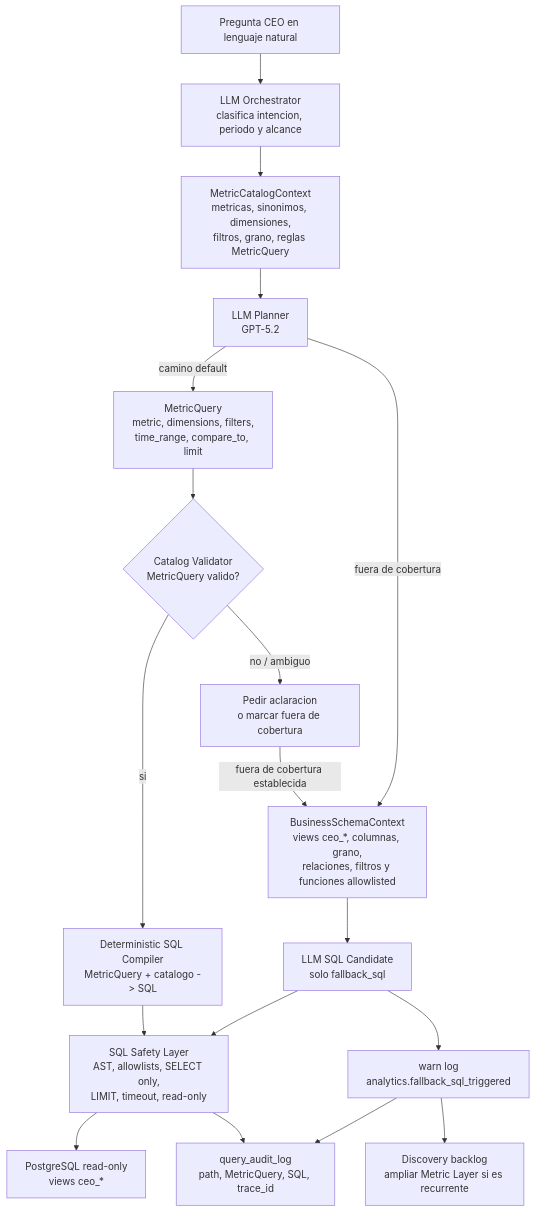
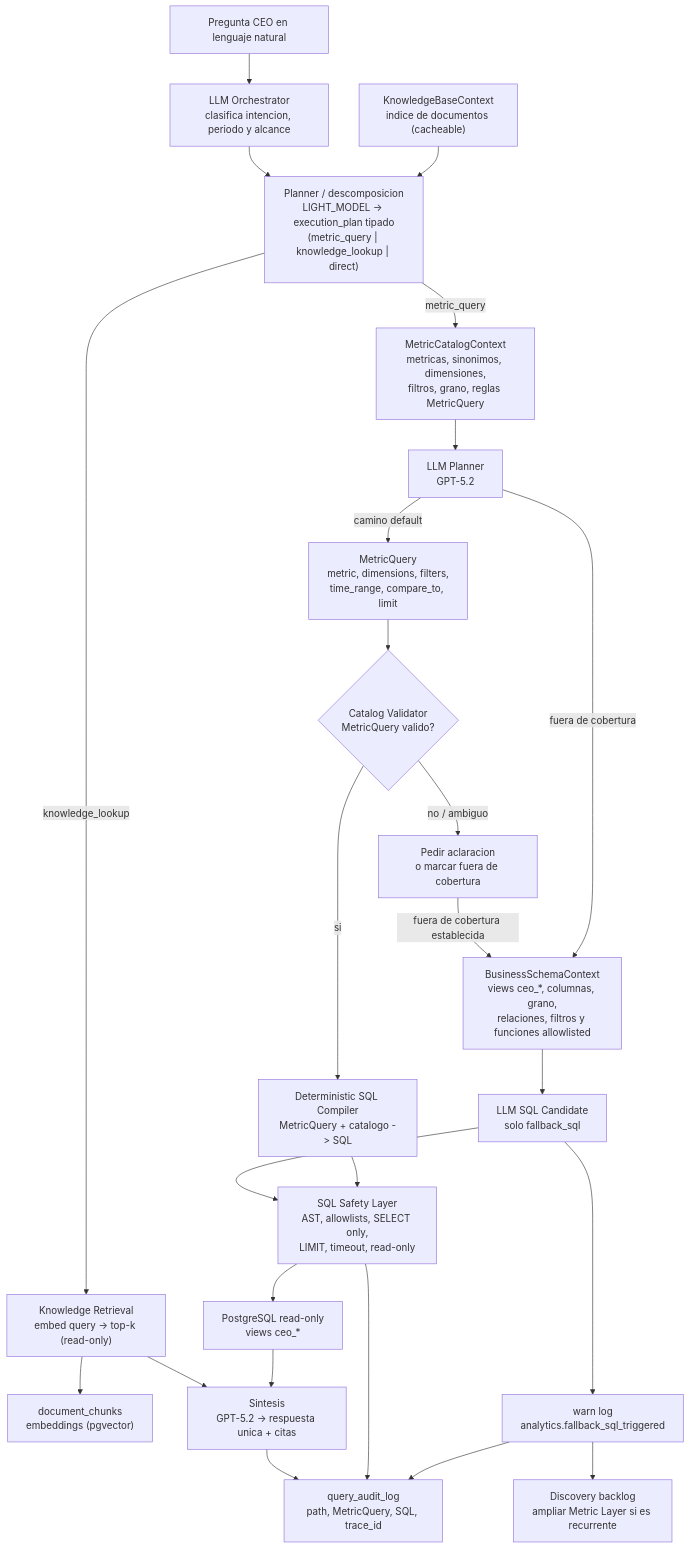
One commit to C3SC0-V4113/CEO-Data-Abstraction changed the diagram in docs/diagrams/mermaid/semantic-layer-internal-flow.mmd. Above: the diagram before and after it, drawn with Mermaid. The commit also changed 19 other files, not shown here.

Commit message:
added RAG and planner decompose in architecture

```diff
--- a/docs/diagrams/mermaid/semantic-layer-internal-flow.mmd
+++ b/docs/diagrams/mermaid/semantic-layer-internal-flow.mmd
@@ -1,34 +1,46 @@
 flowchart TD
   Question["Pregunta CEO en lenguaje natural"]
   Orch["LLM Orchestrator\nclasifica intencion, periodo y alcance"]
+  Decompose["Planner / descomposicion\nLIGHT_MODEL -> execution_plan tipado\n(metric_query | knowledge_lookup | direct)"]
+  KnowledgeCtx["KnowledgeBaseContext\nindice de documentos (cacheable)"]
+  KnowledgeRetrieval["Knowledge Retrieval\nembed query -> top-k (read-only)"]
+  Vectors["document_chunks\nembeddings (pgvector)"]
+  Synth["Sintesis\nGPT-5.2 -> respuesta unica + citas"]
   Planner["LLM Planner\nGPT-5.2"]
   MetricContext["MetricCatalogContext\nmetricas, sinonimos, dimensiones,\nfiltros, grano, reglas MetricQuery"]
   BusinessContext["BusinessSchemaContext\nviews ceo_*, columnas, grano,\nrelaciones, filtros y funciones allowlisted"]
   MetricQuery["MetricQuery\nmetric, dimensions, filters,\ntime_range, compare_to, limit"]
   Validator{"Catalog Validator\nMetricQuery valido?"}
   Clarify["Pedir aclaracion\no marcar fuera de cobertura"]
   Compiler["Deterministic SQL Compiler\nMetricQuery + catalogo -> SQL"]
   CandidateSQL["LLM SQL Candidate\nsolo fallback_sql"]
   Safety["SQL Safety Layer\nAST, allowlists, SELECT only,\nLIMIT, timeout, read-only"]
   DB["PostgreSQL read-only\nviews ceo_*"]
   Audit["query_audit_log\npath, MetricQuery, SQL, trace_id"]
   FallbackLog["warn log\nanalytics.fallback_sql_triggered"]
   Promote["Discovery backlog\nampliar Metric Layer si es recurrente"]
 
   Question --> Orch
-  Orch --> MetricContext
+  Orch --> Decompose
+  KnowledgeCtx --> Decompose
+  Decompose -->|"metric_query"| MetricContext
+  Decompose -->|"knowledge_lookup"| KnowledgeRetrieval
+  KnowledgeRetrieval --> Vectors
+  KnowledgeRetrieval --> Synth
   MetricContext --> Planner
   Planner -->|"camino default"| MetricQuery
   MetricQuery --> Validator
   Validator -->|"si"| Compiler
   Validator -->|"no / ambiguo"| Clarify
   Clarify -->|"fuera de cobertura establecida"| BusinessContext
   Planner -->|"fuera de cobertura"| BusinessContext
   BusinessContext --> CandidateSQL
   CandidateSQL --> Safety
   Compiler --> Safety
   Safety --> DB
+  DB --> Synth
+  Synth --> Audit
   Safety --> Audit
   CandidateSQL --> FallbackLog
   FallbackLog --> Audit
   FallbackLog --> Promote
```
